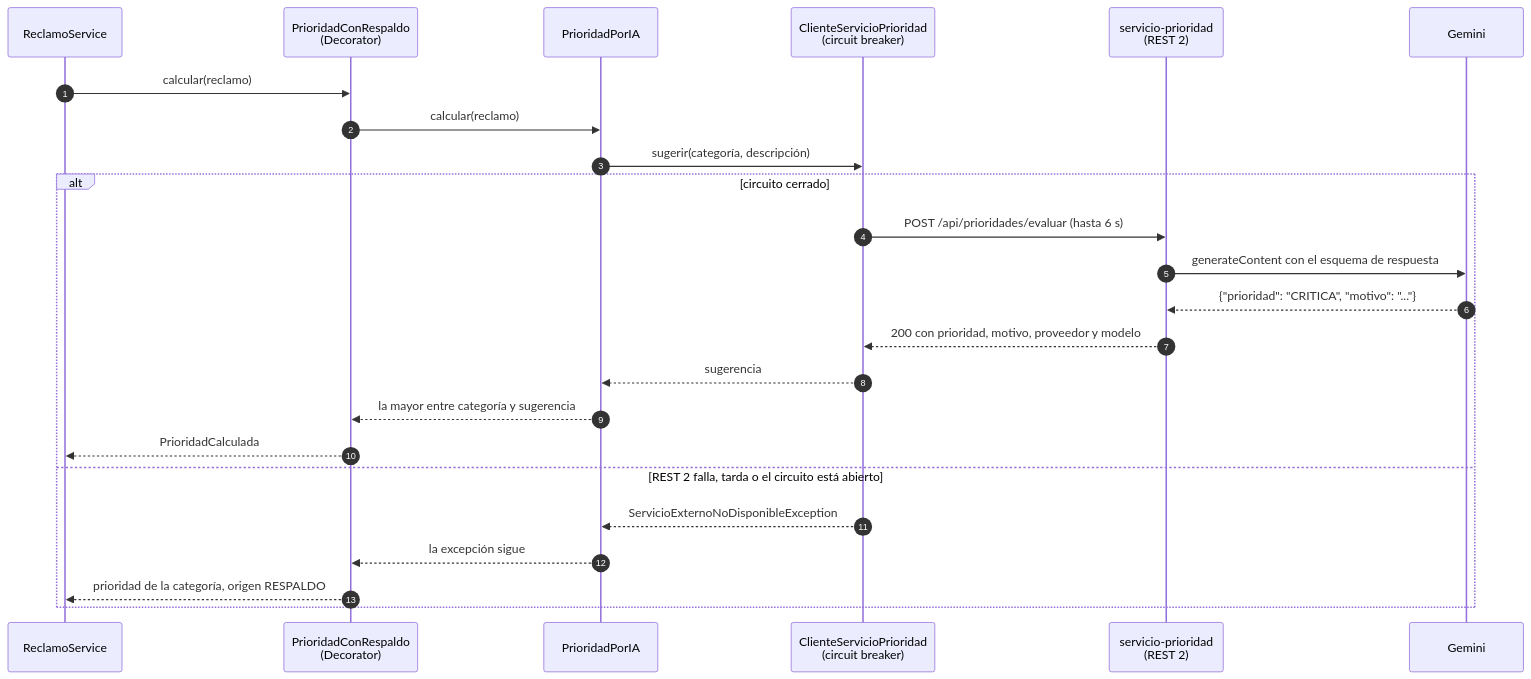
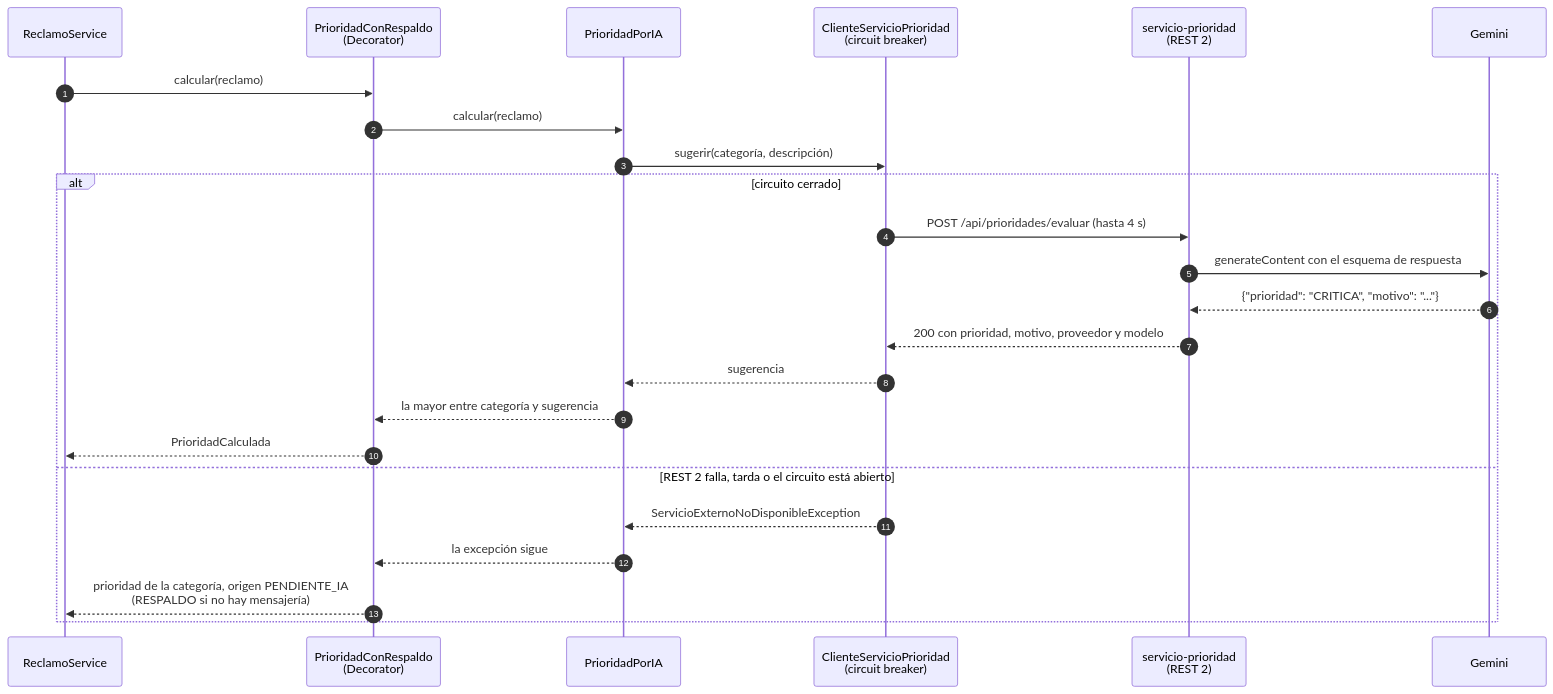
The sixth of 13 diagrams in docs/arquitectura.md (SanTegli/DesarrolloAppsIIGrupo10), drawn with Mermaid before and after one commit. The commit also changed other lines of this file and 53 other files, not shown here.

````diff
--- a/docs/arquitectura.md
+++ b/docs/arquitectura.md
@@ -428,27 +428,27 @@
 ```mermaid
 sequenceDiagram
   autonumber
   participant RS as ReclamoService
   participant PR as PrioridadConRespaldo<br/>(Decorator)
   participant PI as PrioridadPorIA
   participant CL as ClienteServicioPrioridad<br/>(circuit breaker)
   participant SP as servicio-prioridad<br/>(REST 2)
   participant LLM as Gemini
 
   RS->>PR: calcular(reclamo)
   PR->>PI: calcular(reclamo)
   PI->>CL: sugerir(categoría, descripción)
   alt circuito cerrado
-    CL->>SP: POST /api/prioridades/evaluar (hasta 6 s)
+    CL->>SP: POST /api/prioridades/evaluar (hasta 4 s)
     SP->>LLM: generateContent con el esquema de respuesta
     LLM-->>SP: {"prioridad": "CRITICA", "motivo": "..."}
     SP-->>CL: 200 con prioridad, motivo, proveedor y modelo
     CL-->>PI: sugerencia
     PI-->>PR: la mayor entre categoría y sugerencia
     PR-->>RS: PrioridadCalculada
   else REST 2 falla, tarda o el circuito está abierto
     CL-->>PI: ServicioExternoNoDisponibleException
     PI-->>PR: la excepción sigue
-    PR-->>RS: prioridad de la categoría, origen RESPALDO
+    PR-->>RS: prioridad de la categoría, origen PENDIENTE_IA<br/>(RESPALDO si no hay mensajería)
   end
 ```
````
